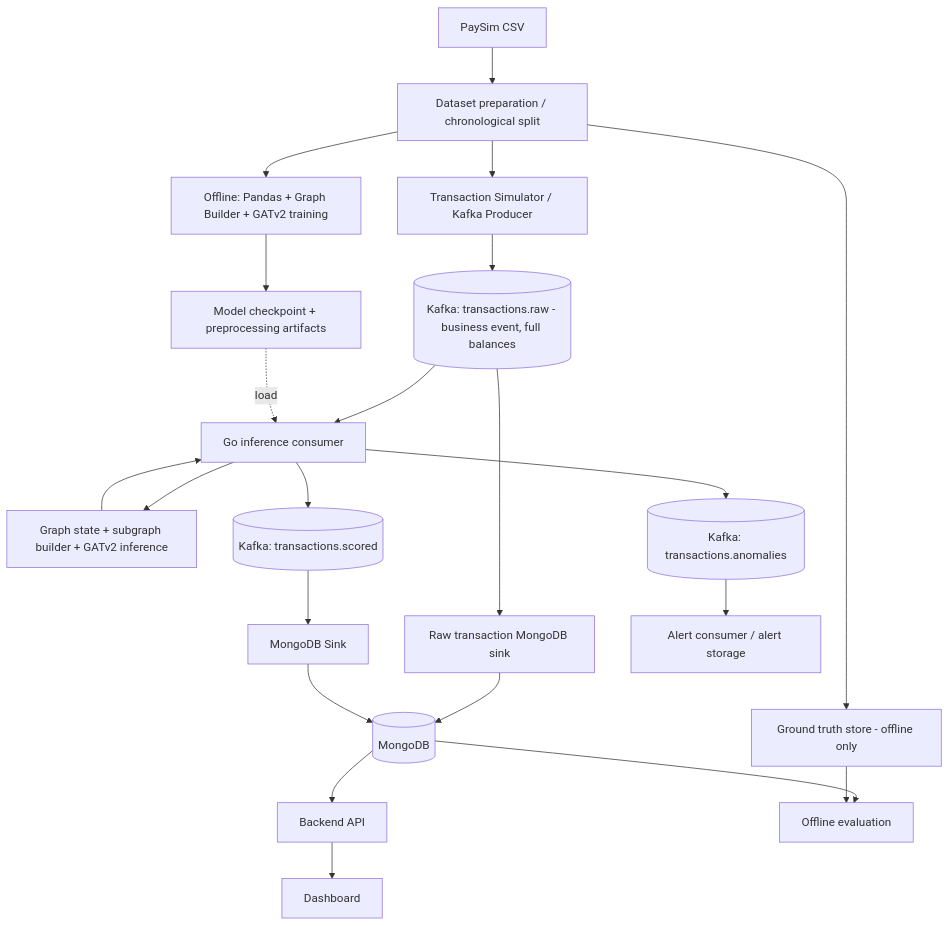
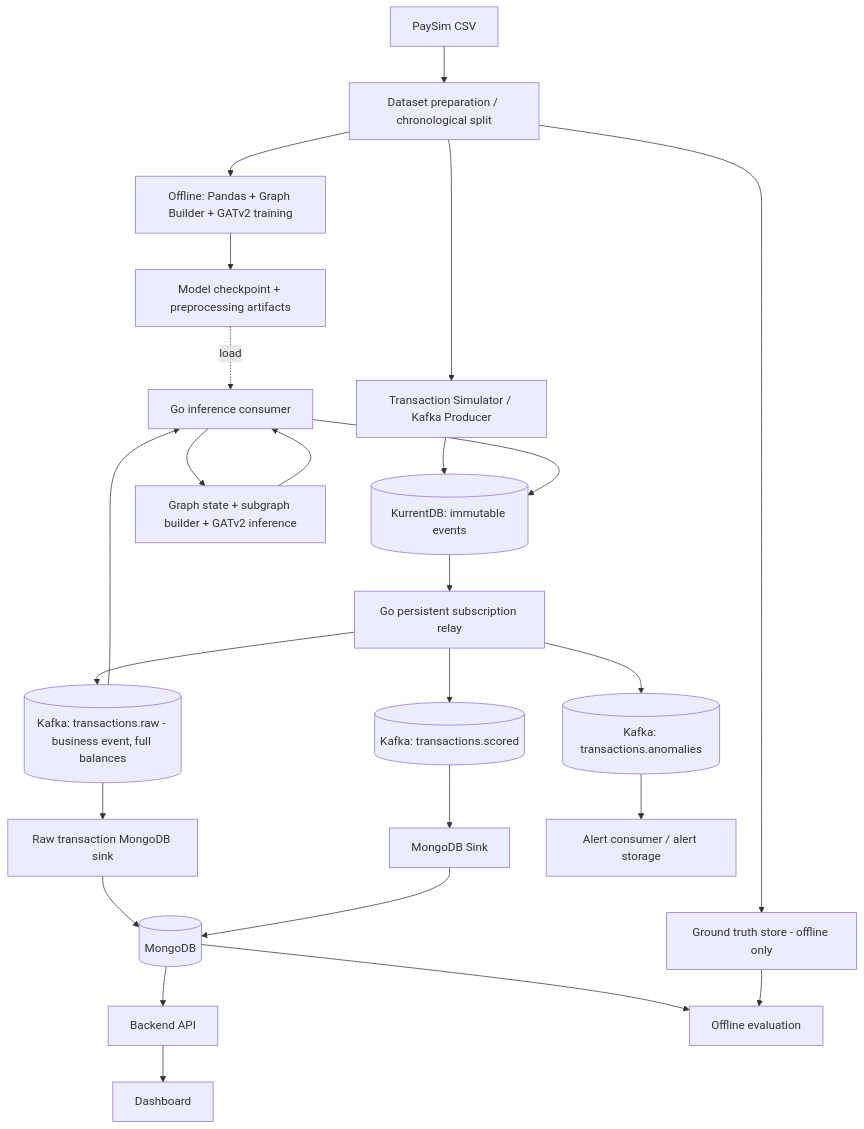
The diagram in financial_anomaly_kafka_paysim_design_v2.md (MyNameIsKry/kafka-learning), drawn with Mermaid before and after one commit. The commit also changed other lines of this file and 16 other files, not shown here.

Commit message:
feat: persist runtime events in KurrentDB before Kafka delivery

````diff
--- a/financial_anomaly_kafka_paysim_design_v2.md
+++ b/financial_anomaly_kafka_paysim_design_v2.md
@@ -18,24 +18,27 @@
 ```mermaid
 flowchart TB
   CSV[PaySim CSV] --> Split[Dataset preparation / chronological split]
   Split --> Train[Offline: Pandas + Graph Builder + GATv2 training]
   Train --> Artifacts[Model checkpoint + preprocessing artifacts]
   Split --> Replay[Transaction Simulator / Kafka Producer]
   Split --> Labels[Ground truth store - offline only]
-  Replay --> Raw[(Kafka: transactions.raw - business event, full balances)]
+  Replay --> EventStore[(KurrentDB: immutable events)]
+  EventStore --> Relay[Go persistent subscription relay]
+  Relay --> Raw[(Kafka: transactions.raw - business event, full balances)]
   Raw --> TransactionSink[Raw transaction MongoDB sink]
   TransactionSink --> Mongo
   Raw --> Consumer[Go inference consumer]
   Artifacts -. load .-> Consumer
   Consumer --> Graph[Graph state + subgraph builder + GATv2 inference]
   Graph --> Consumer
-  Consumer --> Scored[(Kafka: transactions.scored)]
-  Consumer --> Anomalies[(Kafka: transactions.anomalies)]
+  Consumer --> EventStore
+  Relay --> Scored[(Kafka: transactions.scored)]
+  Relay --> Anomalies[(Kafka: transactions.anomalies)]
   Scored --> Sink[MongoDB Sink]
   Sink --> Mongo[(MongoDB)]
   Anomalies --> Alert[Alert consumer / alert storage]
   Mongo --> API[Backend API]
   API --> UI[Dashboard]
   Mongo --> Eval[Offline evaluation]
   Labels --> Eval
 ```
````
